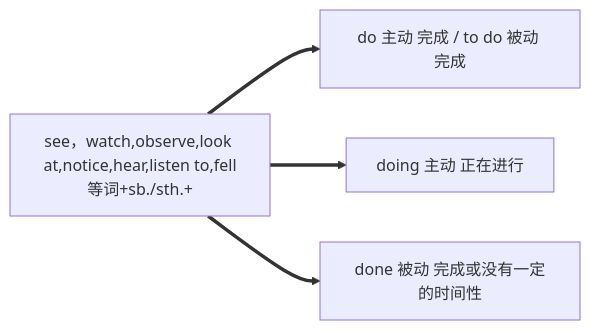
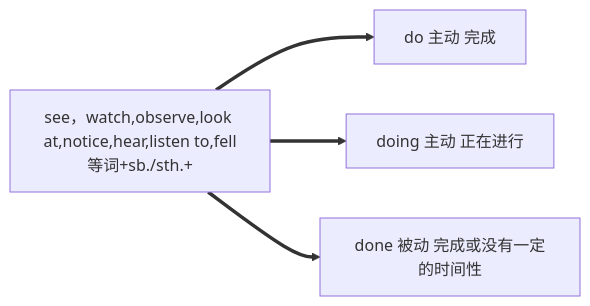
The fourth of 7 diagrams in 非谓语动词/非谓语动词总结.md (fuutianyii/english), drawn with Mermaid before and after one commit. The commit also changed other lines of this file and 1 other file, not shown here.

````diff
--- a/非谓语动词/非谓语动词总结.md
+++ b/非谓语动词/非谓语动词总结.md
@@ -447,6 +455,6 @@
 ```mermaid
 graph LR
-A["see，watch,observe,look at,notice,hear,listen to,fell等词+sb./sth."+]  ==> B[do 主动 完成 / to do 被动 完成]
+A["see，watch,observe,look at,notice,hear,listen to,fell等词+sb./sth."+]  ==> B[do 主动 完成]
 A  ==> C[doing 主动 正在进行]
 A  ==> D[done 被动 完成或没有一定的时间性]
 ```
````
